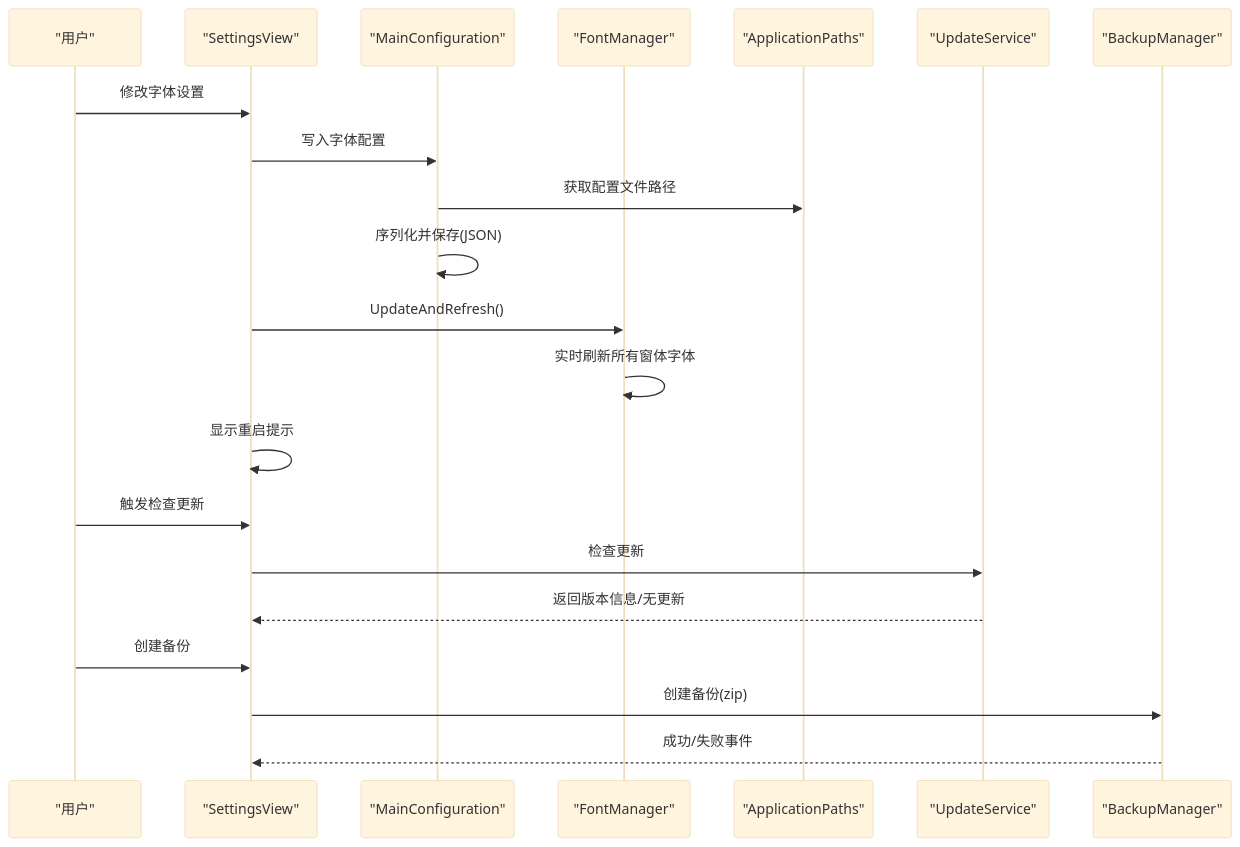
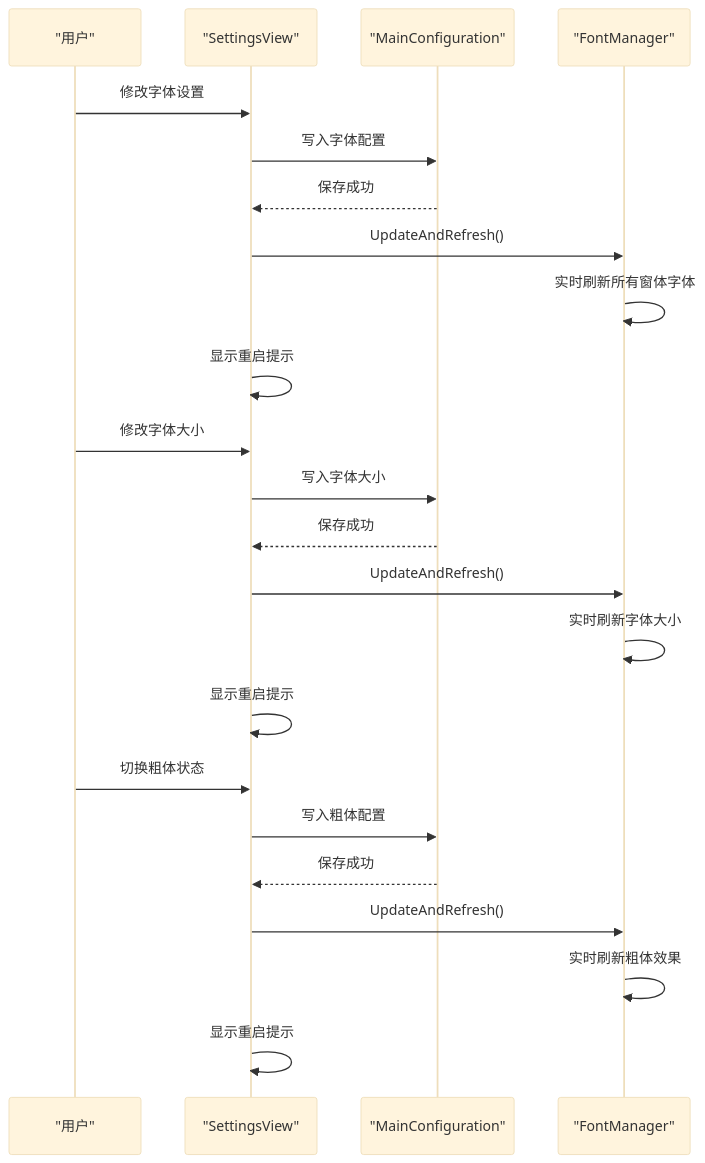
Before and after one commit to tea4go/Macro-Deck: the second of 6 diagrams in .qoder/repowiki/zh/content/图形用户界面/视图管理系统/设置视图.md, drawn with Mermaid (base theme). The commit also changed other lines of this file and 22 other files, not shown here.

````diff
--- a/.qoder/repowiki/zh/content/图形用户界面/视图管理系统/设置视图.md
+++ b/.qoder/repowiki/zh/content/图形用户界面/视图管理系统/设置视图.md
@@ -128,23 +118,25 @@
 ```mermaid
 sequenceDiagram
 participant U as "用户"
 participant SV as "SettingsView"
 participant CFG as "MainConfiguration"
 participant FM as "FontManager"
-participant PATH as "ApplicationPaths"
-participant SVC as "UpdateService"
-participant BK as "BackupManager"
 U->>SV : 修改字体设置
 SV->>CFG : 写入字体配置
-CFG->>PATH : 获取配置文件路径
-CFG->>CFG : 序列化并保存(JSON)
+CFG-->>SV : 保存成功
 SV->>FM : UpdateAndRefresh()
 FM->>FM : 实时刷新所有窗体字体
 SV->>SV : 显示重启提示
-U->>SV : 触发检查更新
-SV->>SVC : 检查更新
-SVC-->>SV : 返回版本信息/无更新
-U->>SV : 创建备份
-SV->>BK : 创建备份(zip)
-BK-->>SV : 成功/失败事件
+U->>SV : 修改字体大小
+SV->>CFG : 写入字体大小
+CFG-->>SV : 保存成功
+SV->>FM : UpdateAndRefresh()
+FM->>FM : 实时刷新字体大小
+SV->>SV : 显示重启提示
+U->>SV : 切换粗体状态
+SV->>CFG : 写入粗体配置
+CFG-->>SV : 保存成功
+SV->>FM : UpdateAndRefresh()
+FM->>FM : 实时刷新粗体效果
+SV->>SV : 显示重启提示
 ```
````
